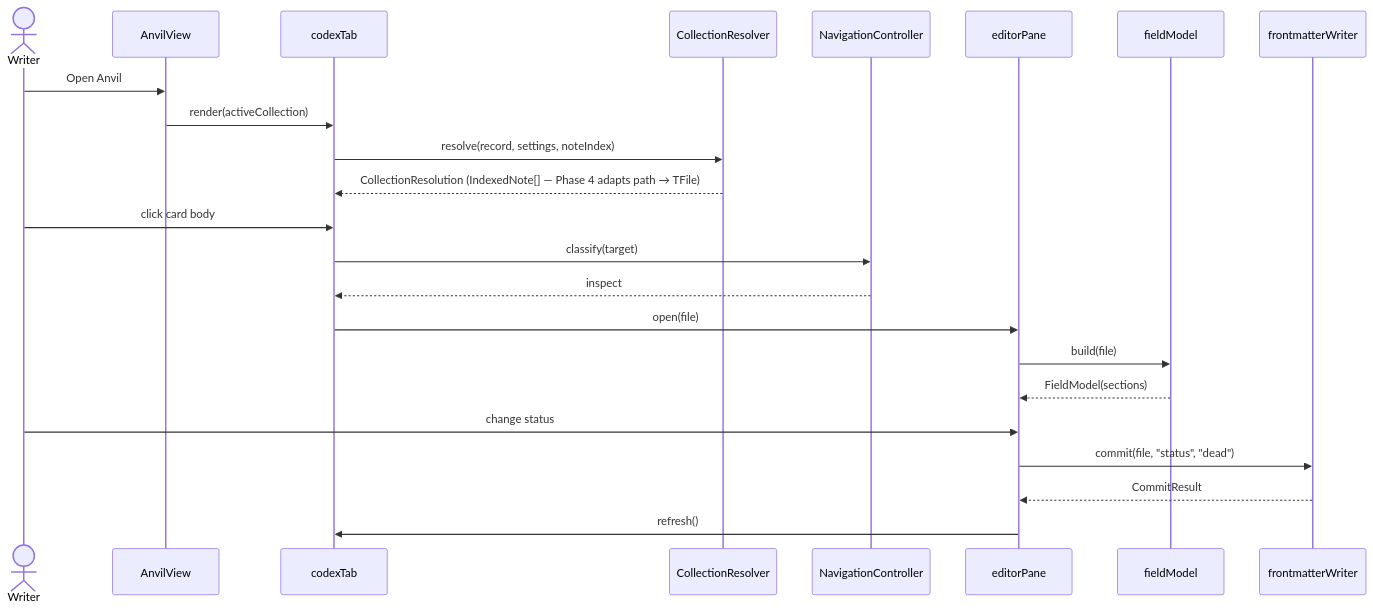
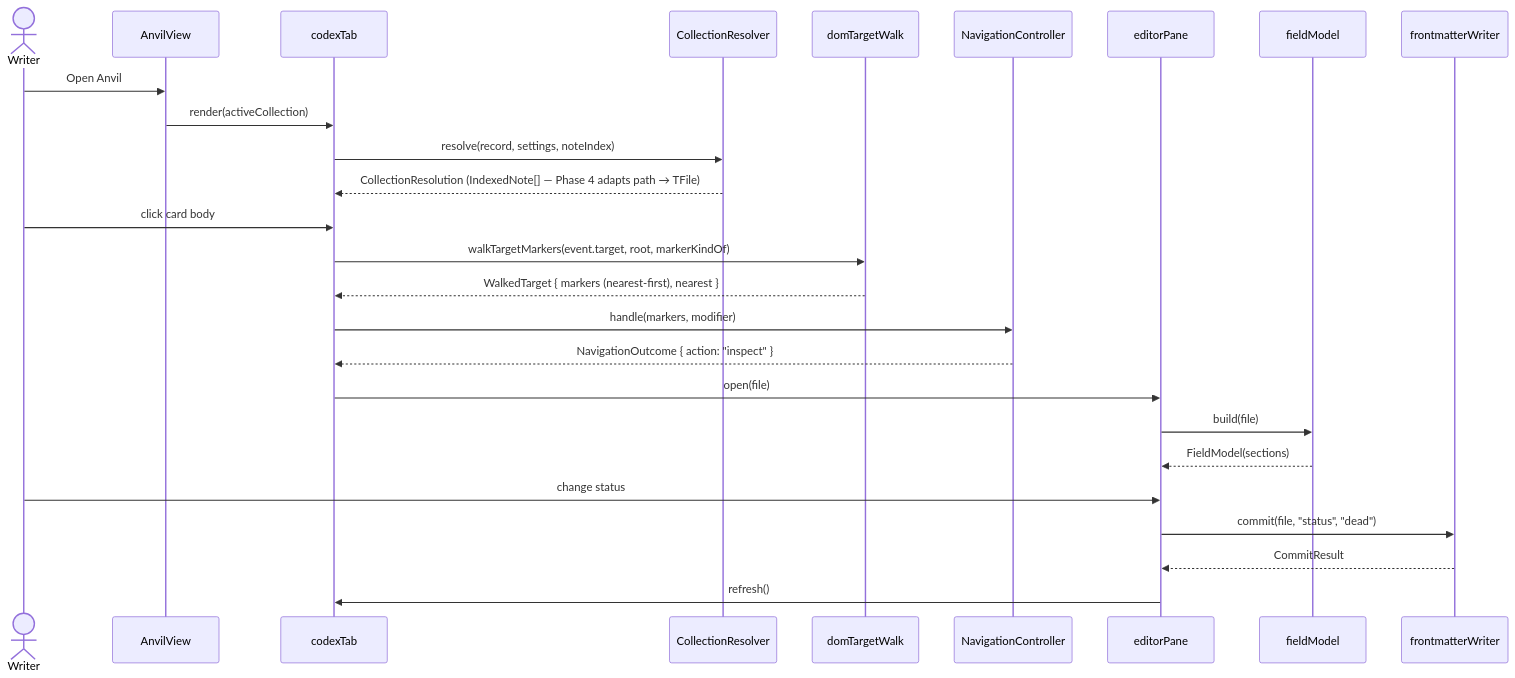
Before and after one commit to MMoMM-org/obsidian-story-forge: the third of 4 diagrams in docs/XDD/specs/008-codex-surface/solution.md, drawn with Mermaid. The commit also changed other lines of this file and 7 other files, not shown here.

````diff
--- a/docs/XDD/specs/008-codex-surface/solution.md
+++ b/docs/XDD/specs/008-codex-surface/solution.md
@@ -669,26 +756,29 @@
 ```mermaid
 sequenceDiagram
     actor Writer
     participant Anvil as AnvilView
     participant Codex as codexTab
     participant Res as CollectionResolver
+    participant Walk as domTargetWalk
     participant Nav as NavigationController
     participant Ed as editorPane
     participant FM as fieldModel
     participant FW as frontmatterWriter
 
     Writer->>Anvil: Open Anvil
     Anvil->>Codex: render(activeCollection)
     Codex->>Res: resolve(record, settings, noteIndex)
     Res-->>Codex: CollectionResolution (IndexedNote[] — Phase 4 adapts path → TFile)
     Writer->>Codex: click card body
-    Codex->>Nav: classify(target)
-    Nav-->>Codex: inspect
+    Codex->>Walk: walkTargetMarkers(event.target, root, markerKindOf)
+    Walk-->>Codex: WalkedTarget { markers (nearest-first), nearest }
+    Codex->>Nav: handle(markers, modifier)
+    Nav-->>Codex: NavigationOutcome { action: "inspect" }
     Codex->>Ed: open(file)
     Ed->>FM: build(file)
     FM-->>Ed: FieldModel(sections)
     Writer->>Ed: change status
     Ed->>FW: commit(file, "status", "dead")
     FW-->>Ed: CommitResult
     Ed->>Codex: refresh()
 ```
````
